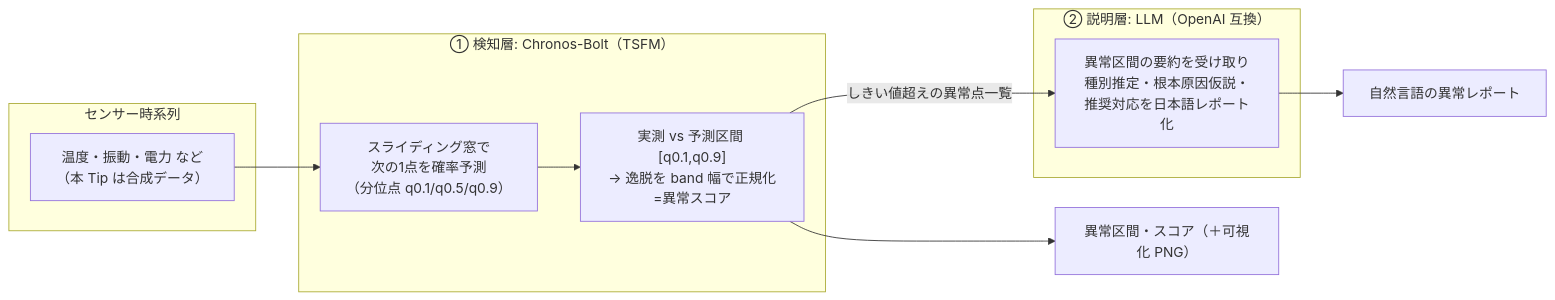
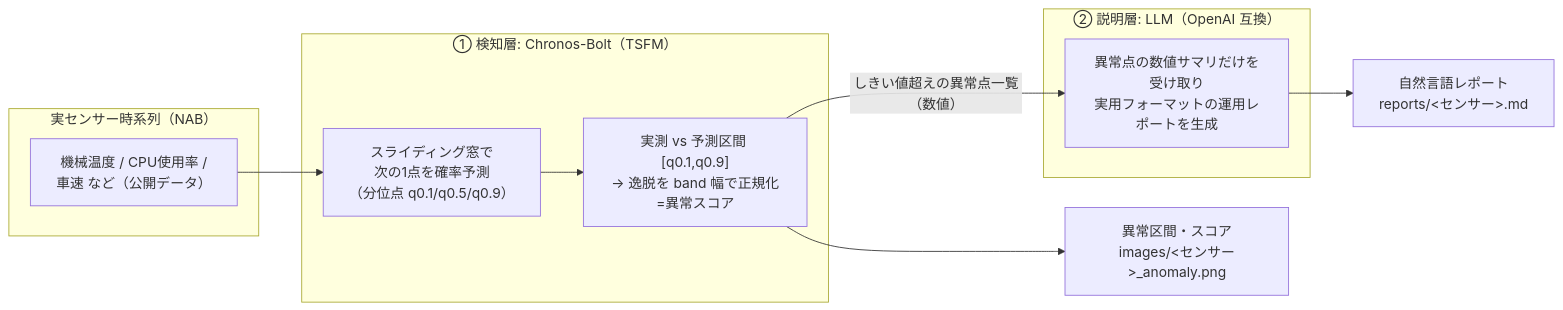
The diagram in nlp_processing/67/README.md (Yagami360/ai-product-dev-tips), drawn with Mermaid before and after one commit. The commit also changed other lines of this file and 24 other files, not shown here.

````diff
--- a/nlp_processing/67/README.md
+++ b/nlp_processing/67/README.md
@@ -21,18 +21,18 @@
 ```mermaid
 flowchart LR
-  subgraph IN["センサー時系列"]
-    S["温度・振動・電力 など<br/>（本 Tip は合成データ）"]
+  subgraph IN["実センサー時系列（NAB）"]
+    S["機械温度 / CPU使用率 /<br/>車速 など（公開データ）"]
   end
   subgraph DET["① 検知層: Chronos-Bolt（TSFM）"]
     W["スライディング窓で<br/>次の1点を確率予測<br/>（分位点 q0.1/q0.5/q0.9）"]
     SC["実測 vs 予測区間 [q0.1,q0.9]<br/>→ 逸脱を band 幅で正規化=異常スコア"]
     W --> SC
   end
   subgraph REP["② 説明層: LLM（OpenAI 互換）"]
-    L["異常区間の要約を受け取り<br/>種別推定・根本原因仮説・<br/>推奨対応を日本語レポート化"]
+    L["異常点の数値サマリだけを受け取り<br/>実用フォーマットの運用レポートを生成"]
   end
   S --> W
-  SC -->|"しきい値超えの異常点一覧"| L
-  L --> O["自然言語の異常レポート"]
-  SC --> O2["異常区間・スコア（＋可視化 PNG）"]
+  SC -->|"しきい値超えの異常点一覧（数値）"| L
+  L --> O["自然言語レポート<br/>reports/&lt;センサー&gt;.md"]
+  SC --> O2["異常区間・スコア<br/>images/&lt;センサー&gt;_anomaly.png"]
 ```
````
